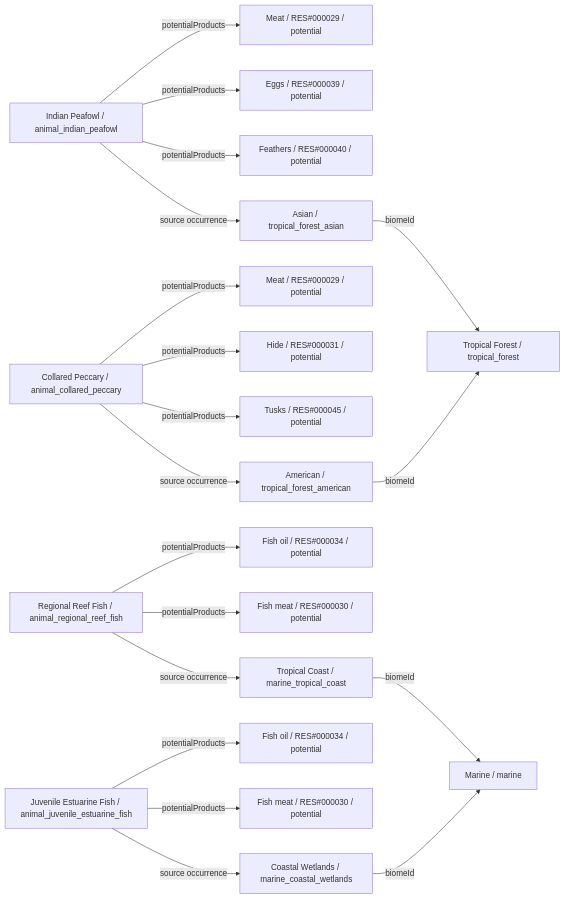
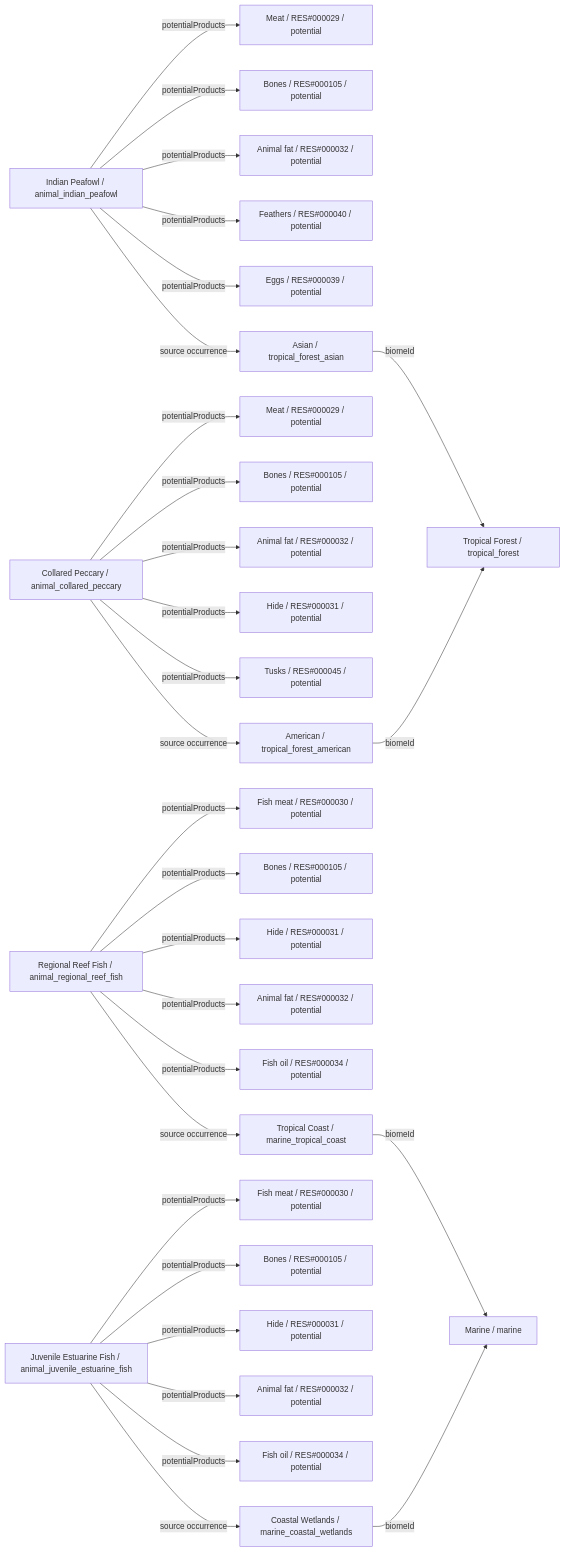
Before and after one commit to fgabo404/EvolveDoc: diagram 18 of 26 in data/animals/DIAGRAMS.md, drawn with Mermaid. The commit also changed other lines of this file and 44 other files, not shown here.

````diff
--- a/data/animals/DIAGRAMS.md
+++ b/data/animals/DIAGRAMS.md
@@ -877,41 +1247,61 @@
 ```mermaid
 flowchart LR
     c0["Indian Peafowl / animal_indian_peafowl"]
     v2["Asian / tropical_forest_asian"]
     b0["Tropical Forest / tropical_forest"]
     o0_0["Meat / RES#000029 / potential"]
-    o0_1["Eggs / RES#000039 / potential"]
-    o0_2["Feathers / RES#000040 / potential"]
+    o0_1["Bones / RES#000105 / potential"]
+    o0_2["Animal fat / RES#000032 / potential"]
+    o0_3["Feathers / RES#000040 / potential"]
+    o0_4["Eggs / RES#000039 / potential"]
     c1["Collared Peccary / animal_collared_peccary"]
     v0["American / tropical_forest_american"]
     o1_0["Meat / RES#000029 / potential"]
-    o1_1["Hide / RES#000031 / potential"]
-    o1_2["Tusks / RES#000045 / potential"]
+    o1_1["Bones / RES#000105 / potential"]
+    o1_2["Animal fat / RES#000032 / potential"]
+    o1_3["Hide / RES#000031 / potential"]
+    o1_4["Tusks / RES#000045 / potential"]
     c2["Regional Reef Fish / animal_regional_reef_fish"]
     v19["Tropical Coast / marine_tropical_coast"]
     b5["Marine / marine"]
-    o2_0["Fish oil / RES#000034 / potential"]
-    o2_1["Fish meat / RES#000030 / potential"]
+    o2_0["Fish meat / RES#000030 / potential"]
+    o2_1["Bones / RES#000105 / potential"]
+    o2_2["Hide / RES#000031 / potential"]
+    o2_3["Animal fat / RES#000032 / potential"]
+    o2_4["Fish oil / RES#000034 / potential"]
     c3["Juvenile Estuarine Fish / animal_juvenile_estuarine_fish"]
     v22["Coastal Wetlands / marine_coastal_wetlands"]
-    o3_0["Fish oil / RES#000034 / potential"]
-    o3_1["Fish meat / RES#000030 / potential"]
+    o3_0["Fish meat / RES#000030 / potential"]
+    o3_1["Bones / RES#000105 / potential"]
+    o3_2["Hide / RES#000031 / potential"]
+    o3_3["Animal fat / RES#000032 / potential"]
+    o3_4["Fish oil / RES#000034 / potential"]
     c0 -->|potentialProducts| o0_0
     c0 -->|potentialProducts| o0_1
     c0 -->|potentialProducts| o0_2
+    c0 -->|potentialProducts| o0_3
+    c0 -->|potentialProducts| o0_4
     c0 -->|source occurrence| v2
     c1 -->|potentialProducts| o1_0
     c1 -->|potentialProducts| o1_1
     c1 -->|potentialProducts| o1_2
+    c1 -->|potentialProducts| o1_3
+    c1 -->|potentialProducts| o1_4
     c1 -->|source occurrence| v0
     c2 -->|potentialProducts| o2_0
     c2 -->|potentialProducts| o2_1
+    c2 -->|potentialProducts| o2_2
+    c2 -->|potentialProducts| o2_3
+    c2 -->|potentialProducts| o2_4
     c2 -->|source occurrence| v19
     c3 -->|potentialProducts| o3_0
     c3 -->|potentialProducts| o3_1
+    c3 -->|potentialProducts| o3_2
+    c3 -->|potentialProducts| o3_3
+    c3 -->|potentialProducts| o3_4
     c3 -->|source occurrence| v22
     v0 -->|biomeId| b0
     v19 -->|biomeId| b5
     v2 -->|biomeId| b0
     v22 -->|biomeId| b5
 ```
````
